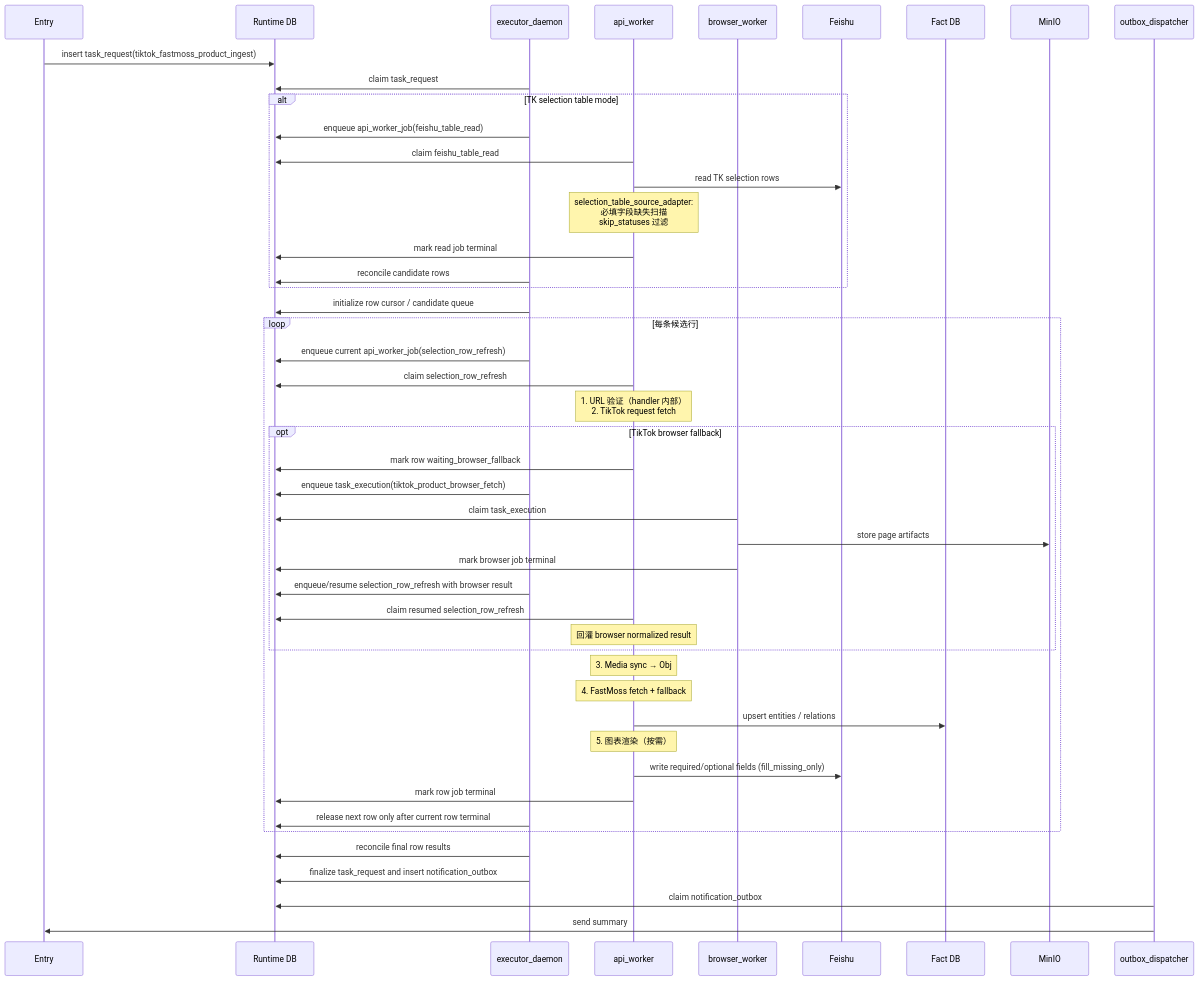
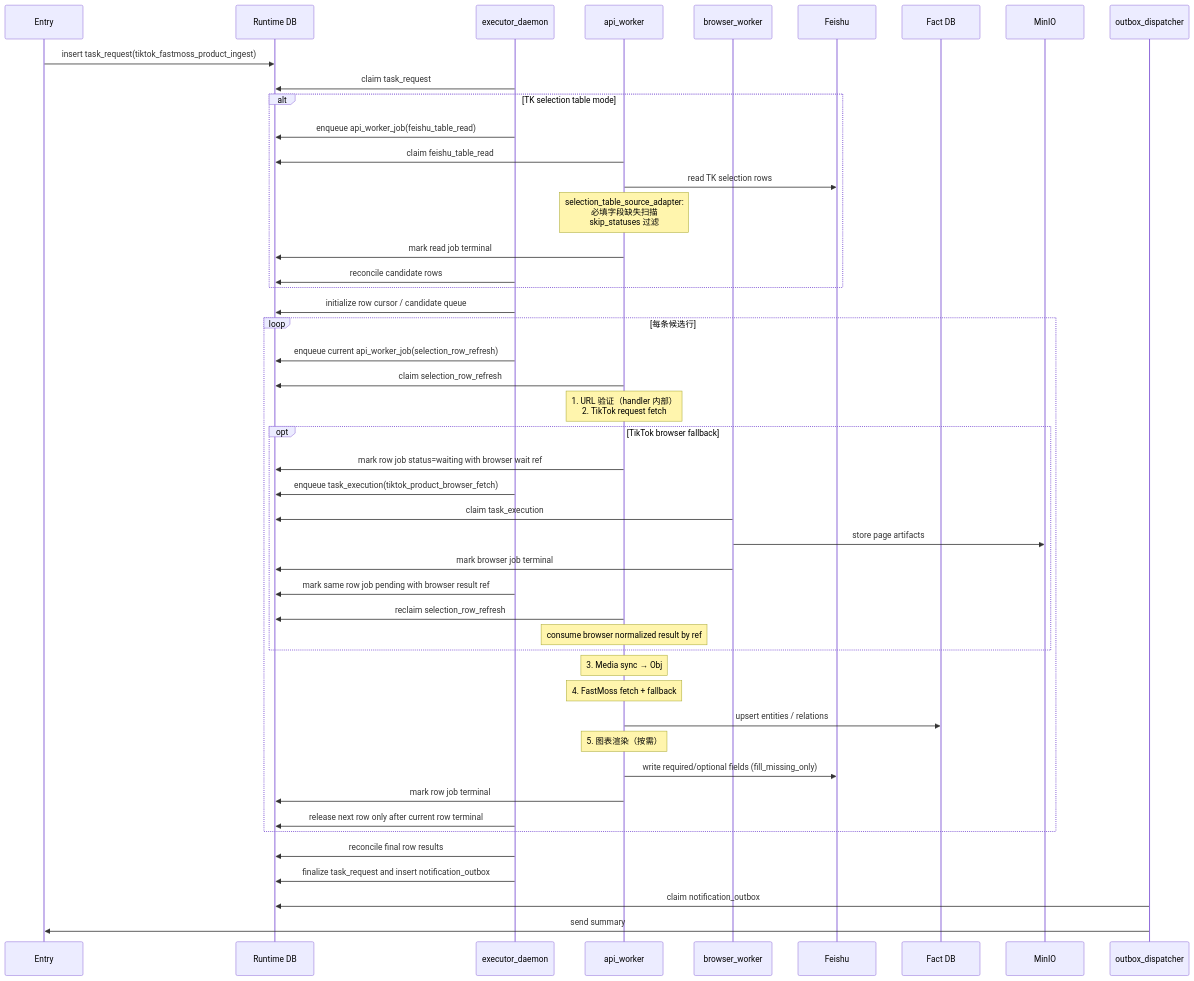
Before and after one commit to knighterrantsky/mujitask: the fourth of 5 diagrams in docs/arch/workflow-selection-table-design.md, drawn with Mermaid. The commit also changed other lines of this file and 89 other files, not shown here.

Commit message:
refactor(runtime): remove resume fallback stages

````diff
--- a/docs/arch/workflow-selection-table-design.md
+++ b/docs/arch/workflow-selection-table-design.md
@@ -234,53 +236,53 @@
 ```mermaid
 sequenceDiagram
     participant Entry as Entry
     participant DB as Runtime DB
     participant Exec as executor_daemon
     participant API as api_worker
     participant Browser as browser_worker
     participant Feishu as Feishu
     participant Fact as Fact DB
     participant Obj as MinIO
     participant Outbox as outbox_dispatcher
 
     Entry->>DB: insert task_request(tiktok_fastmoss_product_ingest)
     Exec->>DB: claim task_request
 
     alt TK selection table mode
         Exec->>DB: enqueue api_worker_job(feishu_table_read)
         API->>DB: claim feishu_table_read
         API->>Feishu: read TK selection rows
         Note over API: selection_table_source_adapter:<br/>必填字段缺失扫描<br/>skip_statuses 过滤
         API->>DB: mark read job terminal
         Exec->>DB: reconcile candidate rows
     end
 
     Exec->>DB: initialize row cursor / candidate queue
     loop 每条候选行
         Exec->>DB: enqueue current api_worker_job(selection_row_refresh)
         API->>DB: claim selection_row_refresh
         Note over API: 1. URL 验证（handler 内部）<br/>2. TikTok request fetch
         opt TikTok browser fallback
-            API->>DB: mark row waiting_browser_fallback
+            API->>DB: mark row job status=waiting with browser wait ref
             Exec->>DB: enqueue task_execution(tiktok_product_browser_fetch)
             Browser->>DB: claim task_execution
             Browser->>Obj: store page artifacts
             Browser->>DB: mark browser job terminal
-            Exec->>DB: enqueue/resume selection_row_refresh with browser result
-            API->>DB: claim resumed selection_row_refresh
-            Note over API: 回灌 browser normalized result
+            Exec->>DB: mark same row job pending with browser result ref
+            API->>DB: reclaim selection_row_refresh
+            Note over API: consume browser normalized result by ref
         end
         Note over API: 3. Media sync → Obj
         Note over API: 4. FastMoss fetch + fallback
         API->>Fact: upsert entities / relations
         Note over API: 5. 图表渲染（按需）
         API->>Feishu: write required/optional fields (fill_missing_only)
         API->>DB: mark row job terminal
         Exec->>DB: release next row only after current row terminal
     end
 
     Exec->>DB: reconcile final row results
     Exec->>DB: finalize task_request and insert notification_outbox
     Outbox->>DB: claim notification_outbox
     Outbox->>Entry: send summary
 ```
````
